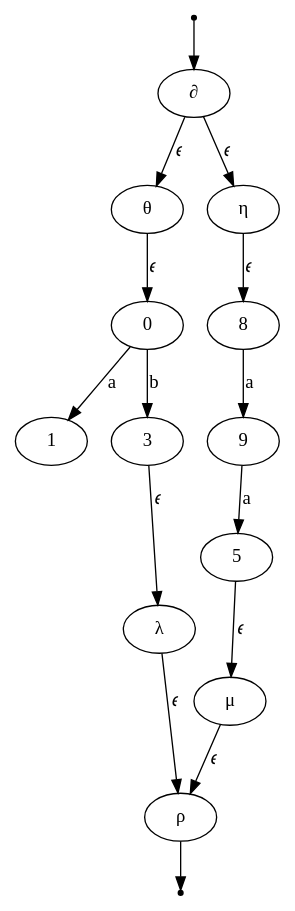
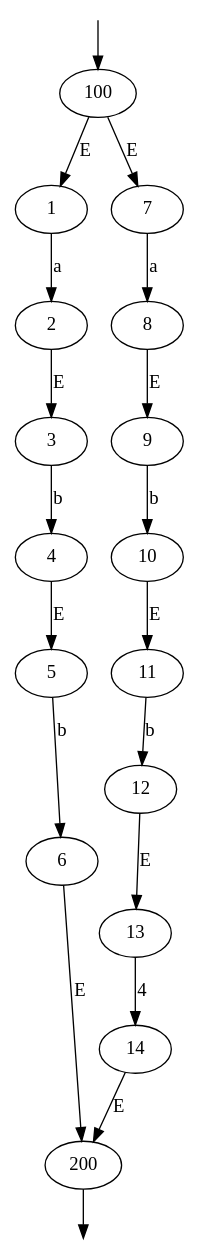
Before and after one commit to omarelhorre/automate: the diagram in src/resultat.dot, drawn with Graphviz. The commit also changed 6 other files, not shown here.

```diff
--- a/src/resultat.dot
+++ b/src/resultat.dot
@@ -1,18 +1,22 @@
 digraph G {
-init [shape=point];
-fin [shape=point];
-init -> ∂;
-∂ -> θ [label="𝜖"] ;
-∂ -> η [label="𝜖"] ;
-θ -> 0 [label="𝜖"];
-0 -> 1 [label="a"] ;
-0 -> 3 [label="b"] ;
-η -> 8 [label="𝜖"];
-8 -> 9 [label="a"] ;
-9 -> 5 [label="a"] ;
-3 -> λ [label="𝜖"];
-5 -> μ [label="𝜖"];
-λ -> ρ [label="𝜖"];
-μ -> ρ [label="𝜖"];
-ρ -> fin;
+init [shape=point style=filled, fillcolor=white color=white ];
+fin [shape=point style=filled, fillcolor=white color=white];
+init -> 100;
+100 -> 1 [label="E"];
+1 -> 2 [label="a"] ;
+3 -> 4 [label="b"] ;
+2 -> 3 [label="E"] ;
+5 -> 6 [label="b"] ;
+4 -> 5 [label="E"] ;
+100 -> 7 [label="E"];
+7 -> 8 [label="a"] ;
+9 -> 10 [label="b"] ;
+8 -> 9 [label="E"] ;
+11 -> 12 [label="b"] ;
+10 -> 11 [label="E"] ;
+13 -> 14 [label="4"] ;
+12 -> 13 [label="E"] ;
+6 -> 200 [label="E"];
+14 -> 200 [label="E"];
+200 -> fin;
 }
```
